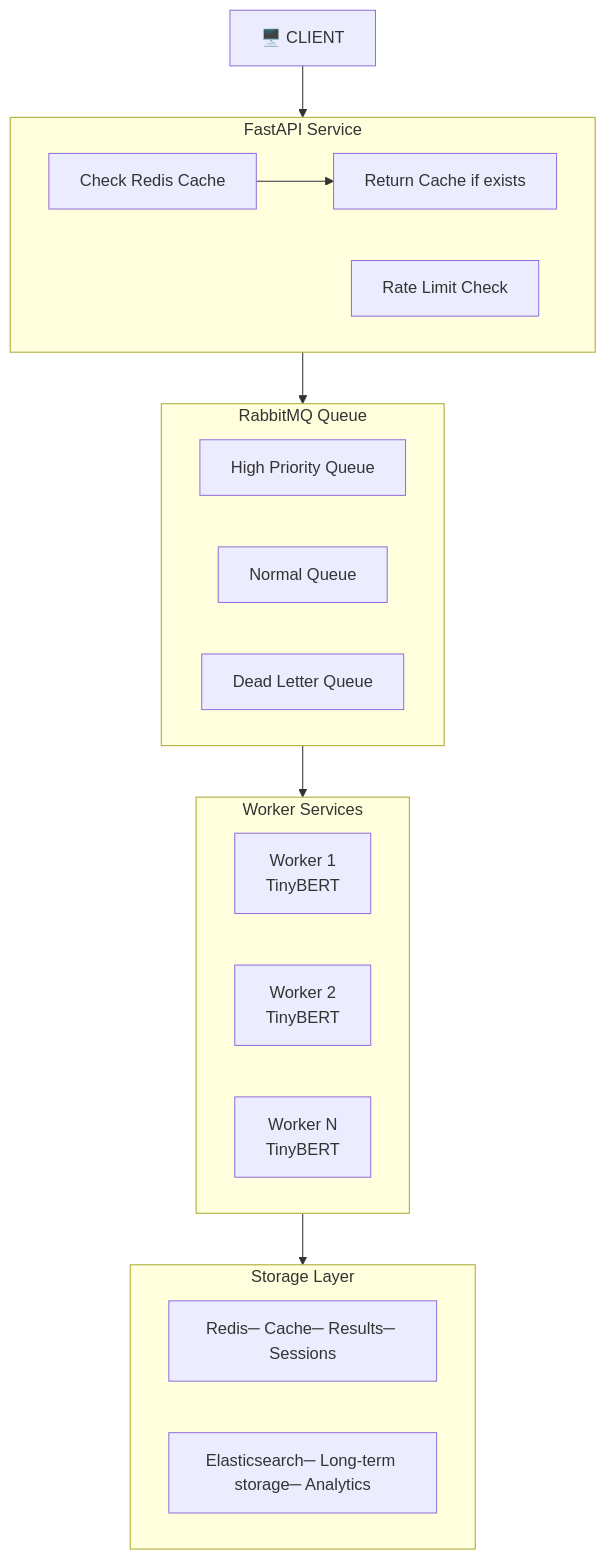
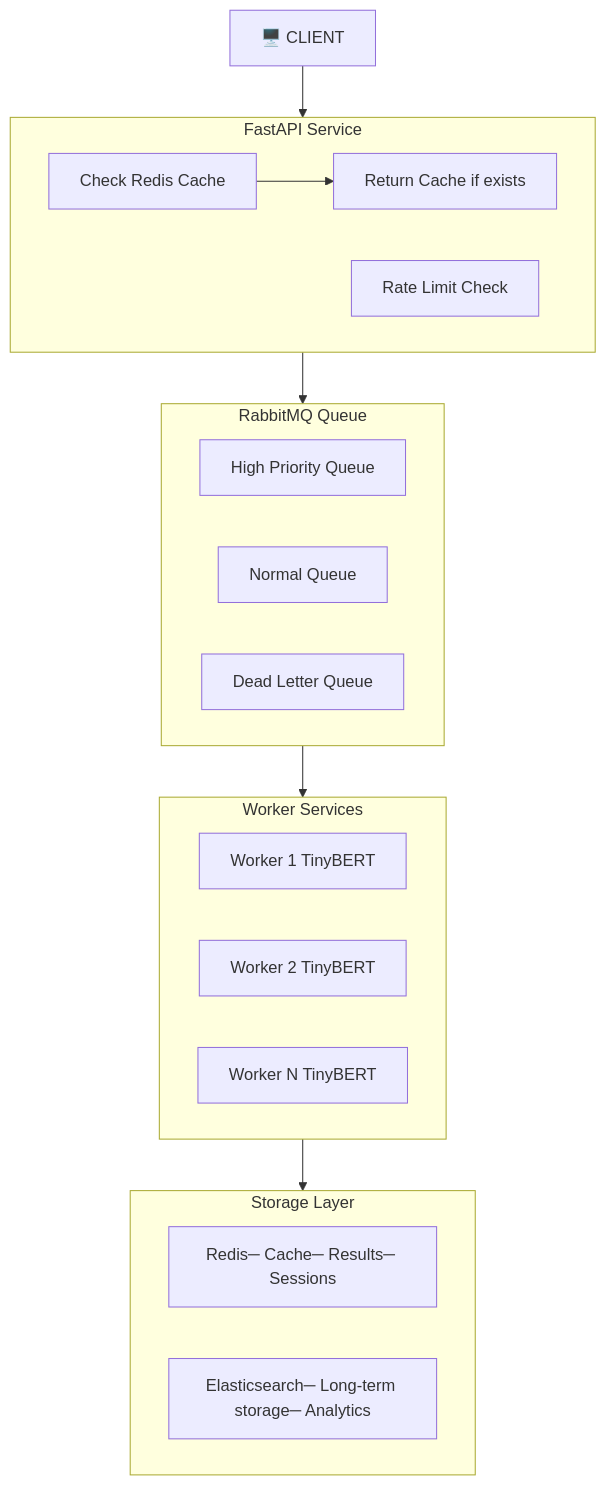
Before and after one commit to mahyamkashani/Sentiment_Analysis_Deployment: the diagram in ARCITECHTURE.md, drawn with Mermaid.

Commit message:
:memo: overview od architechture

````diff
--- a/ARCITECHTURE.md
+++ b/ARCITECHTURE.md
@@ -3,35 +3,35 @@
 ```mermaid
 flowchart TD
     CLIENT["🖥️ CLIENT"]
 
     subgraph FastAPI["FastAPI Service"]
         direction LR
         A["Check Redis Cache"] --> B["Return Cache if exists"]
         C["Rate Limit Check"]
     end
 
     subgraph RabbitMQ["RabbitMQ Queue"]
         direction LR
         D["High Priority Queue"]
         E["Normal Queue"]
         F["Dead Letter Queue"]
     end
 
     subgraph Workers["Worker Services"]
         direction LR
-        G["Worker 1\nTinyBERT"]
-        H["Worker 2\nTinyBERT"]
-        I["Worker N\nTinyBERT"]
+        G["Worker 1 TinyBERT"]
+        H["Worker 2 TinyBERT"]
+        I["Worker N TinyBERT"]
     end
 
     subgraph Storage["Storage Layer"]
         direction LR
         J["Redis─ Cache─ Results─ Sessions"]
         K["Elasticsearch─ Long-term storage─ Analytics"]
     end
 
     CLIENT --> FastAPI
     FastAPI --> RabbitMQ
     RabbitMQ --> Workers
     Workers --> Storage
 ```
````
